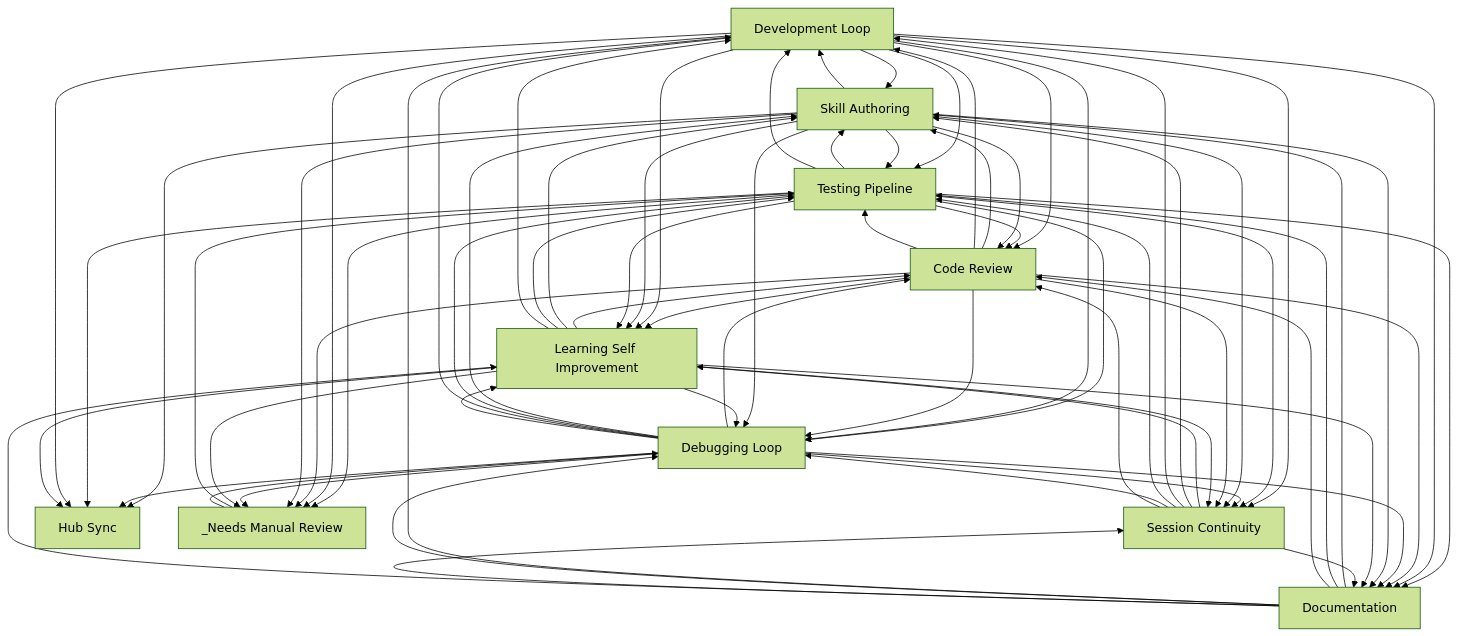
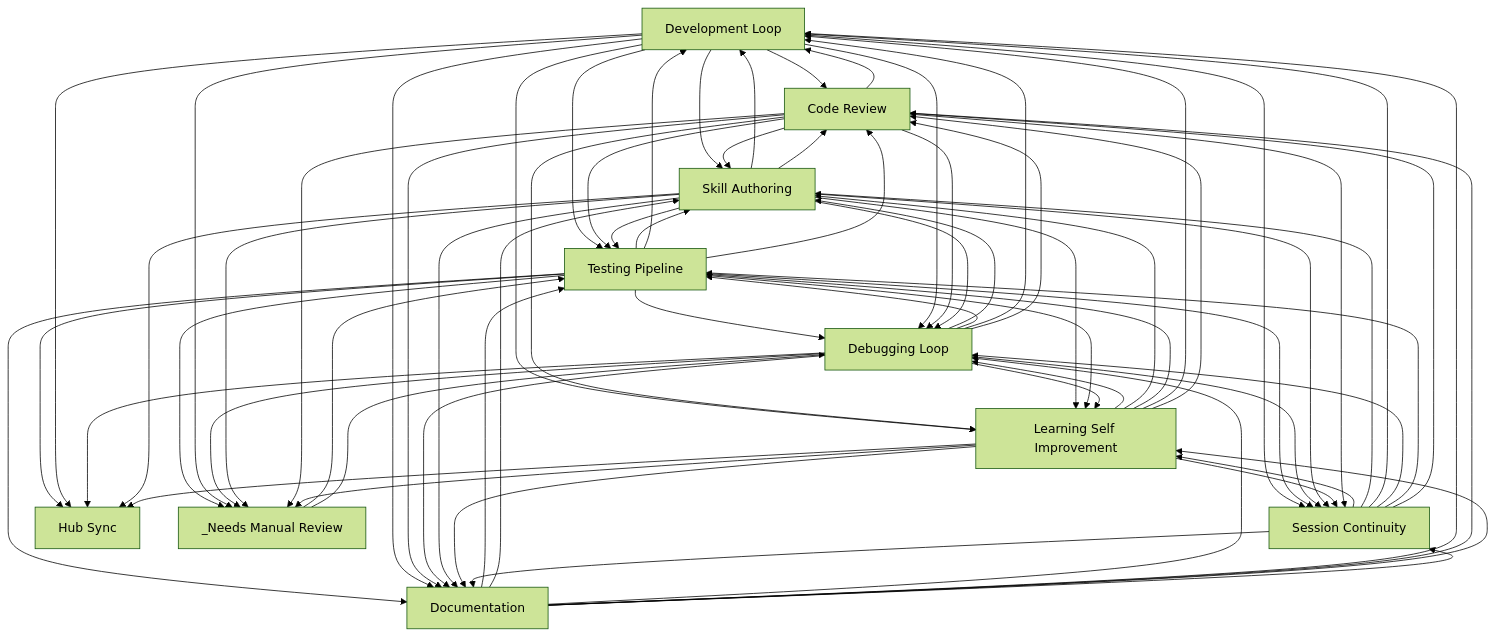
The diagram in docs/workflows/INDEX.md (abhayla/claude-best-practices), drawn with Mermaid (forest theme) before and after one commit. The commit also changed other lines of this file and 14 other files, not shown here.

````diff
--- a/docs/workflows/INDEX.md
+++ b/docs/workflows/INDEX.md
@@ -22,82 +22,82 @@
 ```mermaid
 graph TD
     development_loop[Development Loop]
     testing_pipeline[Testing Pipeline]
     debugging_loop[Debugging Loop]
     learning_self_improvement[Learning Self Improvement]
     session_continuity[Session Continuity]
     skill_authoring[Skill Authoring]
     code_review[Code Review]
     documentation[Documentation]
     hub_sync[Hub Sync]
     _needs_manual_review[_Needs Manual Review]
+    documentation --> testing_pipeline
     documentation --> skill_authoring
-    documentation --> testing_pipeline
+    development_loop --> code_review
+    development_loop --> skill_authoring
+    code_review --> development_loop
     code_review --> skill_authoring
-    code_review --> development_loop
-    development_loop --> skill_authoring
-    development_loop --> code_review
+    development_loop --> learning_self_improvement
+    development_loop --> testing_pipeline
+    code_review --> learning_self_improvement
     code_review --> testing_pipeline
-    code_review --> learning_self_improvement
-    development_loop --> testing_pipeline
-    development_loop --> learning_self_improvement
+    testing_pipeline --> skill_authoring
     skill_authoring --> testing_pipeline
-    testing_pipeline --> skill_authoring
+    testing_pipeline --> debugging_loop
+    testing_pipeline --> development_loop
     testing_pipeline --> code_review
-    testing_pipeline --> development_loop
-    testing_pipeline --> debugging_loop
     testing_pipeline --> documentation
-    debugging_loop --> code_review
     debugging_loop --> skill_authoring
     debugging_loop --> testing_pipeline
     debugging_loop --> development_loop
+    debugging_loop --> code_review
     development_loop --> debugging_loop
     development_loop --> documentation
+    skill_authoring --> development_loop
     skill_authoring --> code_review
-    skill_authoring --> development_loop
     skill_authoring --> learning_self_improvement
     testing_pipeline --> _needs_manual_review
     development_loop --> _needs_manual_review
+    documentation --> debugging_loop
+    documentation --> development_loop
     documentation --> code_review
-    documentation --> development_loop
-    documentation --> debugging_loop
     code_review --> debugging_loop
     code_review --> documentation
+    development_loop --> session_continuity
     session_continuity --> learning_self_improvement
-    development_loop --> session_continuity
     _needs_manual_review --> testing_pipeline
+    testing_pipeline --> learning_self_improvement
     testing_pipeline --> session_continuity
-    testing_pipeline --> learning_self_improvement
+    debugging_loop --> learning_self_improvement
     debugging_loop --> session_continuity
-    debugging_loop --> learning_self_improvement
     debugging_loop --> documentation
     documentation --> learning_self_improvement
     skill_authoring --> session_continuity
     skill_authoring --> debugging_loop
     _needs_manual_review --> debugging_loop
-    learning_self_improvement --> code_review
+    learning_self_improvement --> debugging_loop
     learning_self_improvement --> skill_authoring
     learning_self_improvement --> testing_pipeline
     learning_self_improvement --> development_loop
-    learning_self_improvement --> debugging_loop
+    learning_self_improvement --> code_review
+    debugging_loop --> _needs_manual_review
+    skill_authoring --> _needs_manual_review
     code_review --> _needs_manual_review
-    skill_authoring --> _needs_manual_review
-    debugging_loop --> _needs_manual_review
     skill_authoring --> documentation
+    learning_self_improvement --> session_continuity
     code_review --> session_continuity
-    learning_self_improvement --> session_continuity
     session_continuity --> skill_authoring
     learning_self_improvement --> documentation
     session_continuity --> development_loop
+    session_continuity --> debugging_loop
     session_continuity --> testing_pipeline
-    session_continuity --> debugging_loop
+    session_continuity --> documentation
     session_continuity --> code_review
-    session_continuity --> documentation
-    skill_authoring --> hub_sync
-    debugging_loop --> hub_sync
     testing_pipeline --> hub_sync
     development_loop --> hub_sync
+    debugging_loop --> hub_sync
+    skill_authoring --> hub_sync
     learning_self_improvement --> hub_sync
     learning_self_improvement --> _needs_manual_review
     documentation --> session_continuity
 ```
````
